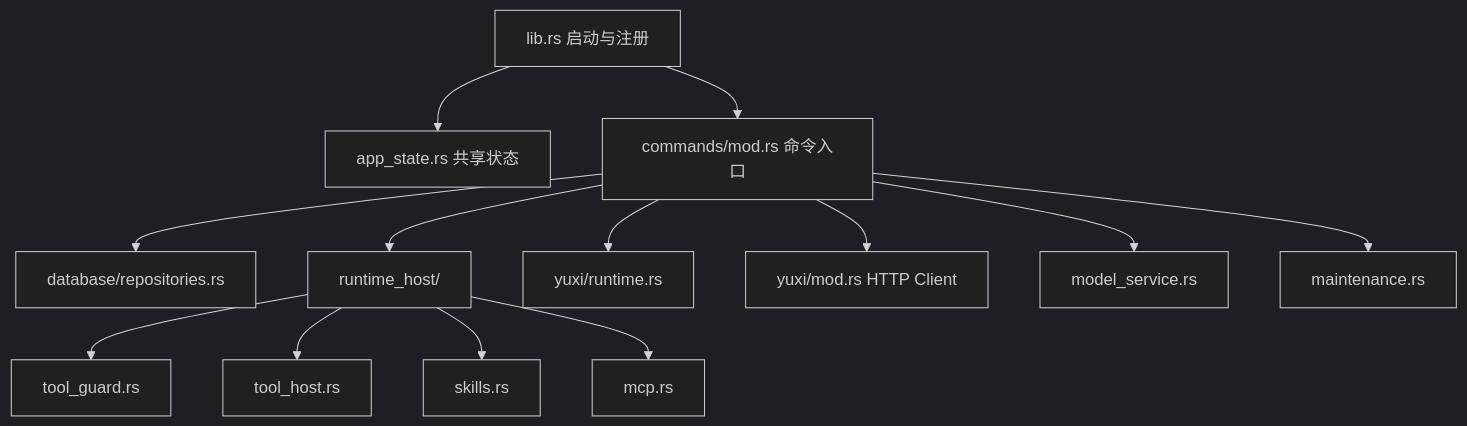
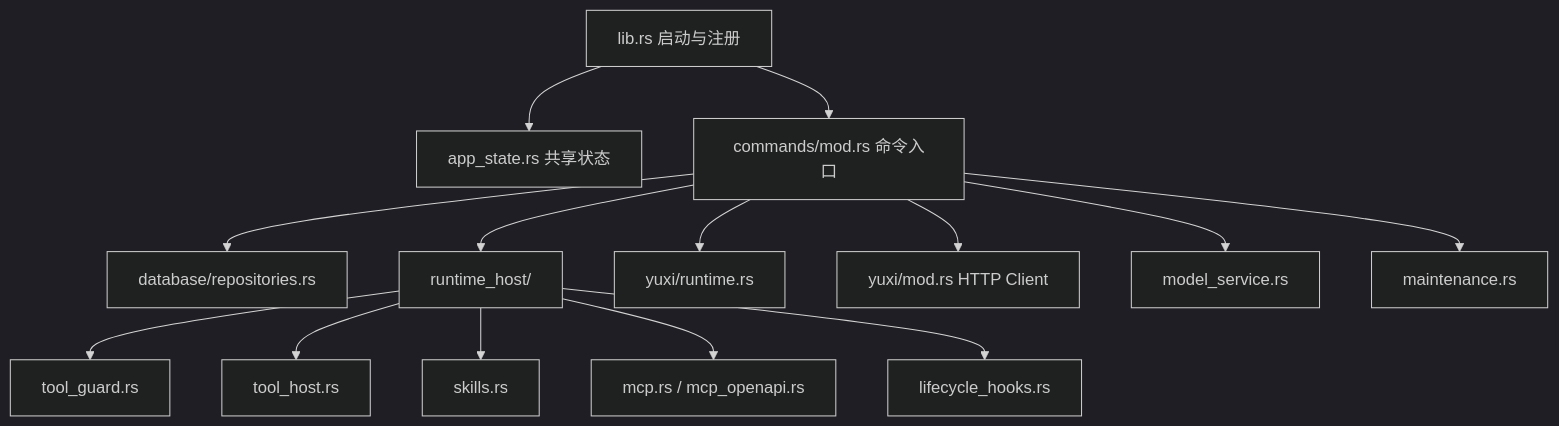
One commit to Hry1729/Fox-Agent changed the diagram in docs/02-架构/Tauri后端架构.md. Above: the diagram before and after it, drawn with Mermaid (dark theme). The commit also changed other lines of this file and 224 other files, not shown here.

````diff
--- a/docs/02-架构/Tauri后端架构.md
+++ b/docs/02-架构/Tauri后端架构.md
@@ -14,15 +14,16 @@
 ```mermaid
 flowchart TD
     LIB["lib.rs 启动与注册"] --> STATE["app_state.rs 共享状态"]
     LIB --> CMD["commands/mod.rs 命令入口"]
     CMD --> REPO["database/repositories.rs"]
     CMD --> RH["runtime_host/"]
     CMD --> YR["yuxi/runtime.rs"]
     RH --> GUARD["tool_guard.rs"]
     RH --> TOOL["tool_host.rs"]
     RH --> SKILL["skills.rs"]
-    RH --> MCP["mcp.rs"]
+    RH --> MCP["mcp.rs / mcp_openapi.rs"]
+    RH --> HOOK["lifecycle_hooks.rs"]
     CMD --> YUXI["yuxi/mod.rs HTTP Client"]
     CMD --> MODEL["model_service.rs"]
     CMD --> MAINT["maintenance.rs"]
 ```
````
